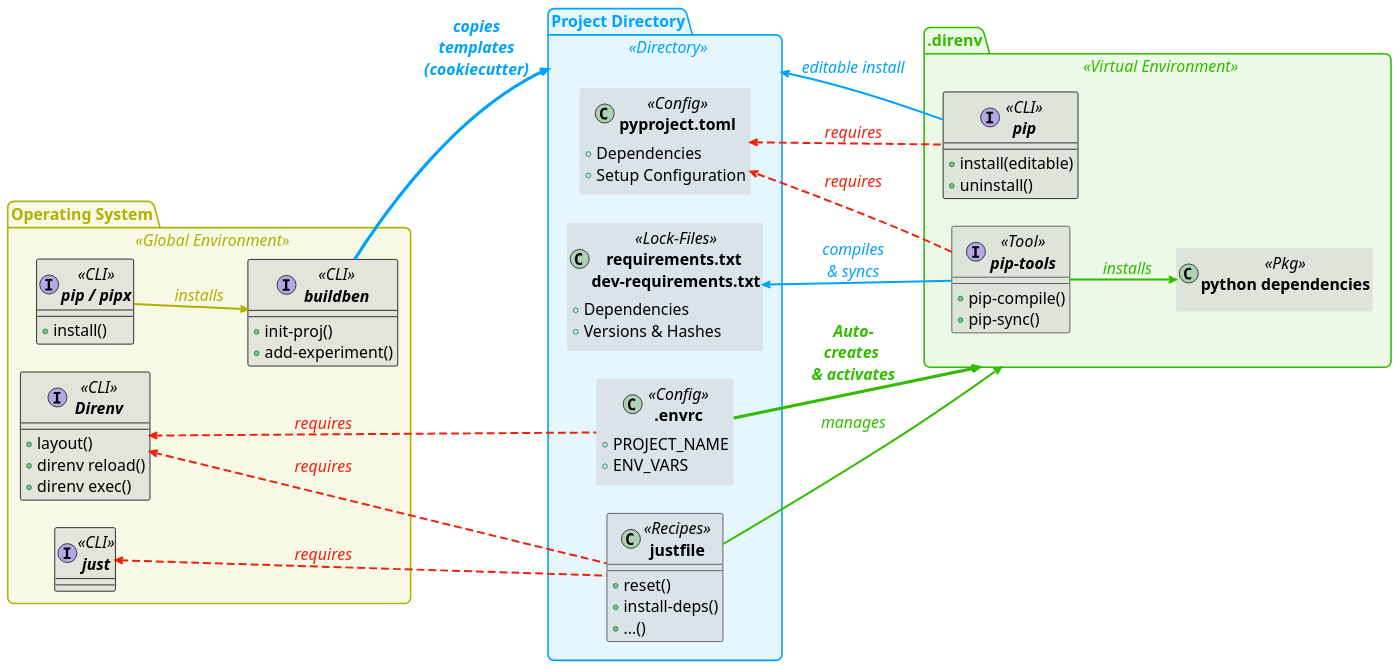
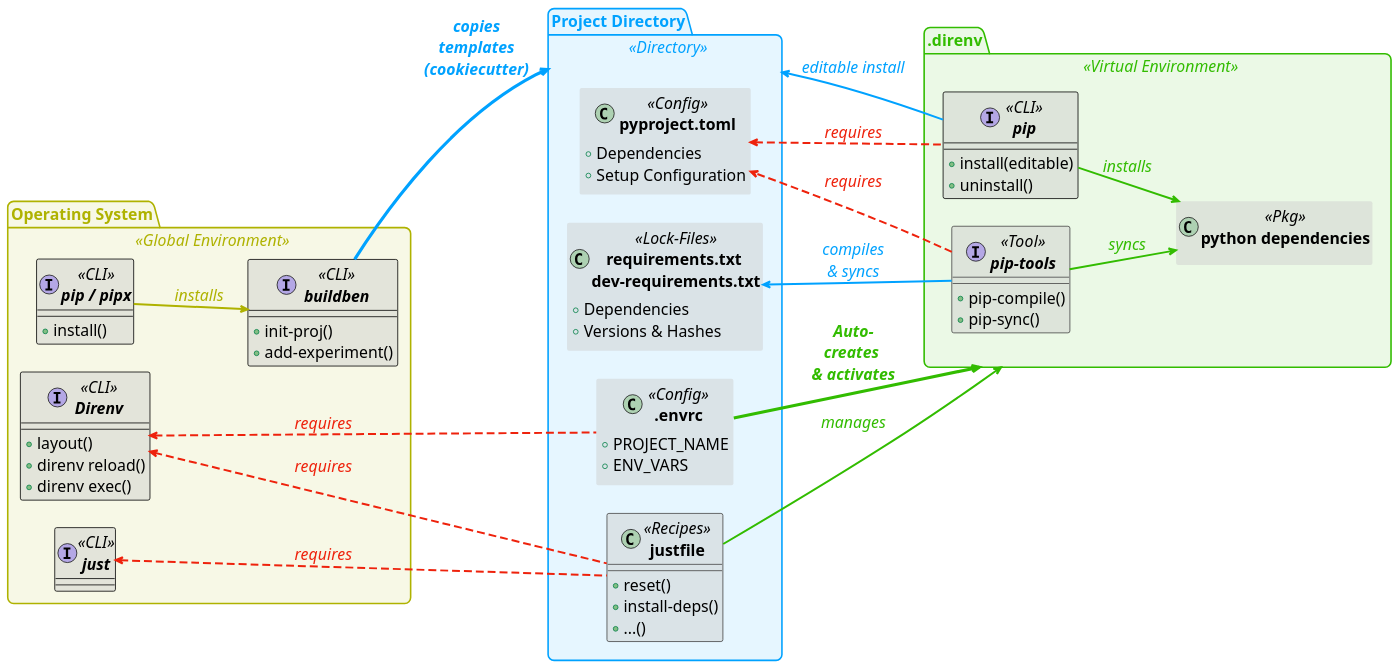
Before and after one commit to HisQu/buildben: the diagram in assets/figures/diagram.puml, drawn with PlantUML. The commit also changed 3 other files, not shown here.

```diff
--- a/assets/figures/diagram.puml
+++ b/assets/figures/diagram.puml
@@ -1,183 +1,184 @@
 @startuml
 left to right direction
 ' top to bottom direction
 
 ' === Global look & feel =============
 skinparam defaultFontSize 20
 ' skinparam BackgroundColor #00000010
 skinparam BackgroundColor transparent
 
 ' ======================================
 skinparam package {
     RoundCorner 15
     BorderThickness 2
     ' BackgroundColor #00A2FF19
     ' BorderColor #00A2FF
     ' FontColor   #00A2FF
 }
 skinparam package<<Global Environment>> {
     BackgroundColor #afb20019
     BorderColor #afb200ff
     FontColor   #afb200ff
 }
 skinparam package<<Virtual Environment>>{
     BackgroundColor #32bc0019
     BorderColor #32bc00ff
     FontColor   #32bc00ff
 }
 skinparam package<<Directory>> {
     BackgroundColor #00A2FF19
     BorderColor #00A2FF
     FontColor   #00A2FF
 }
 
 ' ======================================
 skinparam class {
     BackgroundColor #cccccc77
     BorderColor     #444444
     BorderThickness 1
     FontStyle bold
     RoundCorner 15
 }
 skinparam class<<CLI>> {
     BorderColor     #000000
 }
 skinparam class<<Config>><<Pkg>><<Lock-Files>><<File>><<Lock-File>> {
     BorderColor     #000000
     BorderThickness 0
 }
 
 ' =====================================================================
 
 
 
 
 ' === Package: Global Environment =============
 package "Operating System" as GE <<Global Environment>> {
 
     interface "buildben"      as B   <<CLI>>{
         +init-proj()
         +add-experiment()
     }
     interface "pip / pipx"    as PIP <<CLI>>{
         +install()
     }
     
     interface "just"          as J   <<CLI>>
     interface "Direnv"        as D   <<CLI>>{
         +layout()
         +direnv reload()
         +direnv exec()
     }
     
 }
 
 ' === Package: Project Directory =============
 package "Project Directory" as PDIR <<Directory>> {
 
     class "pyproject.toml"                          as PPRT <<Config>> {
         +Dependencies
         +Setup Configuration
     }
     
     class "justfile"                                as JF  <<Recipes>> {
         +reset()
         +install-deps()
         +...()
     }
     
     class ".envrc"                                  as ERC  <<Config>>{
         +PROJECT_NAME
         +ENV_VARS
     }
     
     class "requirements.txt \ndev-requirements.txt" as RE   <<Lock-Files>> {
         +Dependencies
         +Versions & Hashes
     }
 }
 
 ' === Package: Virtual Environment =============
 package ".direnv" as VENV <<Virtual Environment>> {
     interface "pip-tools"               as PT  <<Tool>>{
         +pip-compile()
         +pip-sync()
     }
     class "python dependencies"     as PD  <<Pkg>>
     ' VE o-- PD : contains
     
     interface "pip"                     as PIPvenv <<CLI>> {
         +install(editable)
         +uninstall()
     }
 }
 
 
 ' =====================================================================
 
 ' === Straight Arrows =============
 
 <style>
 arrow {
     LineThickness 2.5
     FontStyle italic
     LineColor #afb200ff
     FontColor   #afb200ff
 }
 
 </style>
 
 PIP --> B : installs
 
 ' =========================
 
 <style>
 arrow {
     LineColor #00A2FF
     FontColor #00A2FF
 }
 </style>
 
 ' PT --> PD <<test>> : installs 
 B -[thickness=4]-> PDIR : **copies**\n**templates**\n**(cookiecutter)** 
 PT  --> RE : compiles\n& syncs
 PDIR <-- PIPvenv : editable install
 
 ' === SPecial Straight Arrows =============
 <style>
 arrow {
     LineColor #32bc00ff
     FontColor #32bc00ff
     LineThickness 2.5
 }
 </style>
 
 ' ERC --> PT : installs
-PT --> PD : installs
+PIPvenv --> PD : installs
+PT --> PD : syncs
 ERC -[thickness=4]-> VENV : **Auto-**\n**creates** \n**& activates**
 JF --> VENV : manages
 
 
 ' === Dependencies =============
 
 <style>
 arrow {
     LineStyle 10-5
     LineColor #EE220C
     FontColor #EE220C
 }
 </style>
 
 
 D   <-- ERC : requires
 J   <-- JF  : requires
 D   <-- JF  : requires
 
 ' JF  --> PT  
 PT --> PPRT : requires
 
 PPRT <-- PIPvenv: requires
 
 ' ERC -left-  JF     : interacts
 ' PPRT ..> PT    : read by
 @enduml
```
